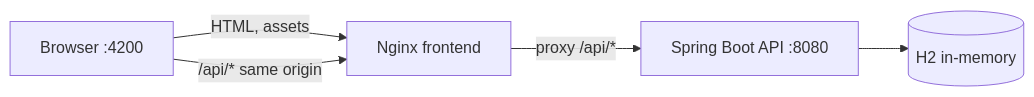
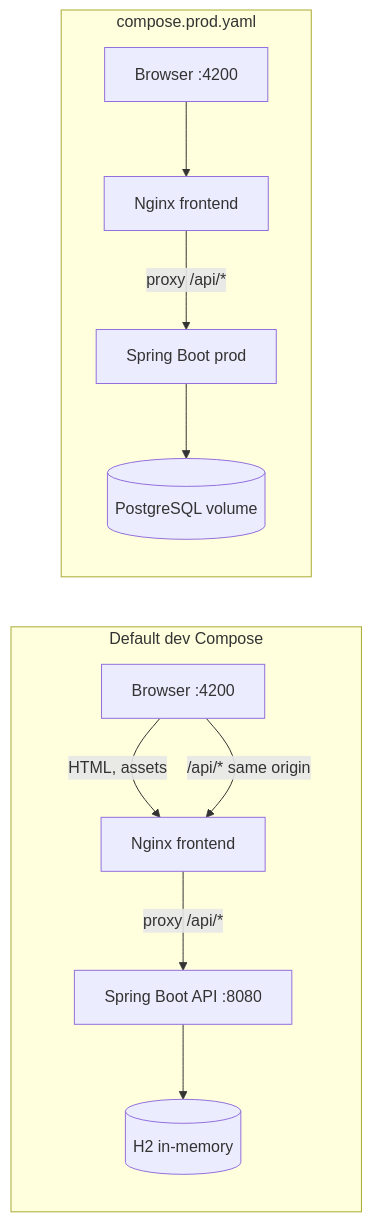
The diagram in docs/docker-compose.md (hynguyen2610/java-angular-crud), drawn with Mermaid before and after one commit. The commit also changed other lines of this file and 22 other files, not shown here.

Commit message:
feat(profiles): add PostgreSQL production mode

````diff
--- a/docs/docker-compose.md
+++ b/docs/docker-compose.md
@@ -29,7 +31,14 @@
 ```mermaid
 flowchart LR
+  subgraph DEV[Default dev Compose]
   B[Browser :4200] -->|HTML, assets| W[Nginx frontend]
   B -->|/api/* same origin| W
   W -->|proxy /api/*| A[Spring Boot API :8080]
   A --> H[(H2 in-memory)]
+  end
+  subgraph PROD[compose.prod.yaml]
+  PB[Browser :4200] --> PW[Nginx frontend]
+  PW -->|proxy /api/*| PA[Spring Boot prod]
+  PA --> PG[(PostgreSQL volume)]
+  end
 ```
````
